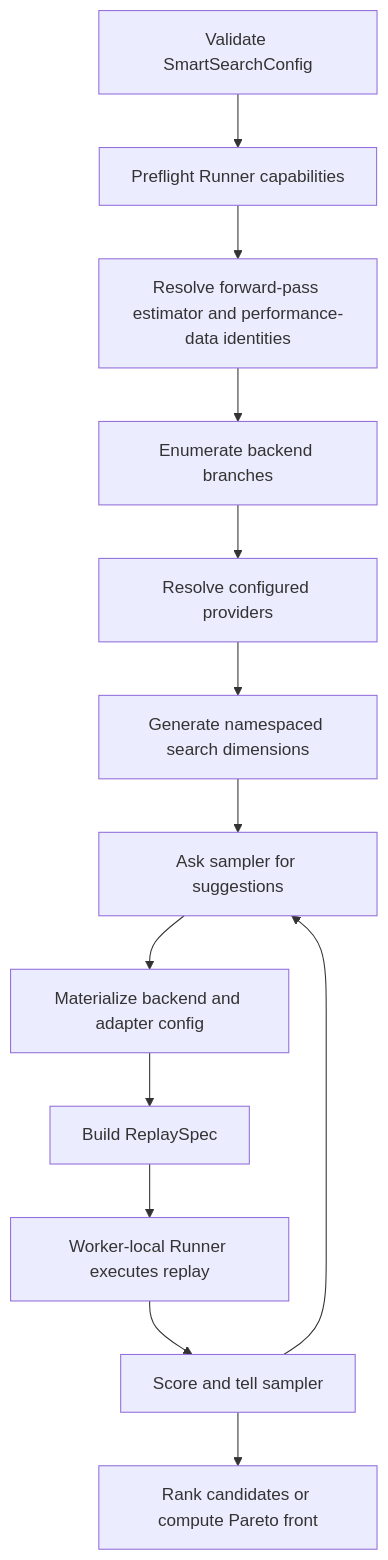
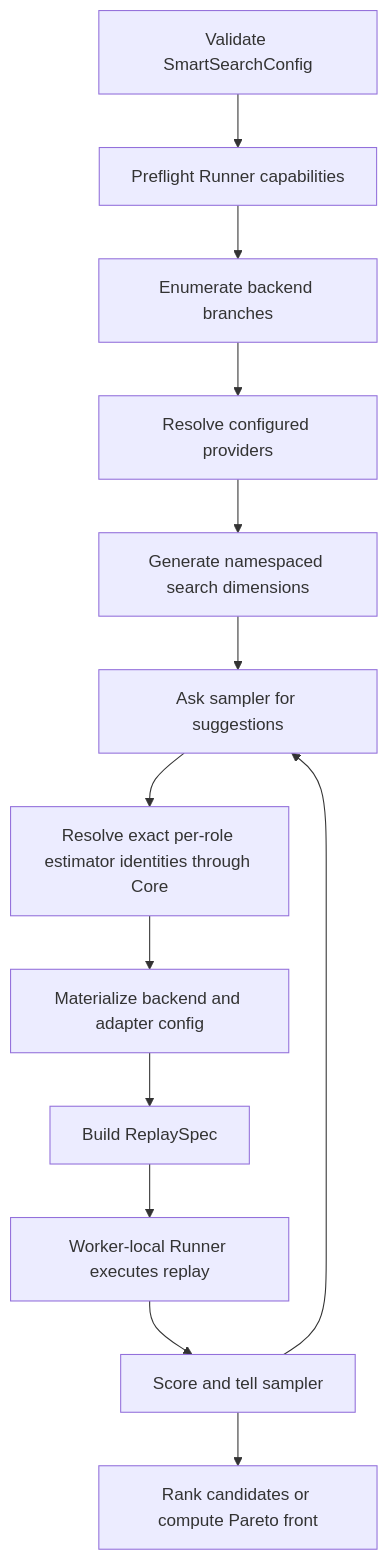
One commit to ai-dynamo/aisimulate changed the diagram in docs/sweeper/architecture.md. Above: the diagram before and after it, drawn with Mermaid. The commit also changed other lines of this file and 19 other files, not shown here.

Commit message:
fix(sweeper): resolve exact estimator configs

````diff
--- a/docs/sweeper/architecture.md
+++ b/docs/sweeper/architecture.md
@@ -26,15 +26,15 @@
 ```mermaid
 flowchart TD
     A["Validate SmartSearchConfig"] --> B["Preflight Runner capabilities"]
-    B --> R["Resolve forward-pass estimator and performance-data identities"]
-    R --> C["Enumerate backend branches"]
+    B --> C["Enumerate backend branches"]
     C --> D["Resolve configured providers"]
     D --> E["Generate namespaced search dimensions"]
     E --> F["Ask sampler for suggestions"]
-    F --> G["Materialize backend and adapter config"]
+    F --> R["Resolve exact per-role estimator identities through Core"]
+    R --> G["Materialize backend and adapter config"]
     G --> H["Build ReplaySpec"]
     H --> I["Worker-local Runner executes replay"]
     I --> J["Score and tell sampler"]
     J --> F
     J --> K["Rank candidates or compute Pareto front"]
 ```
````
